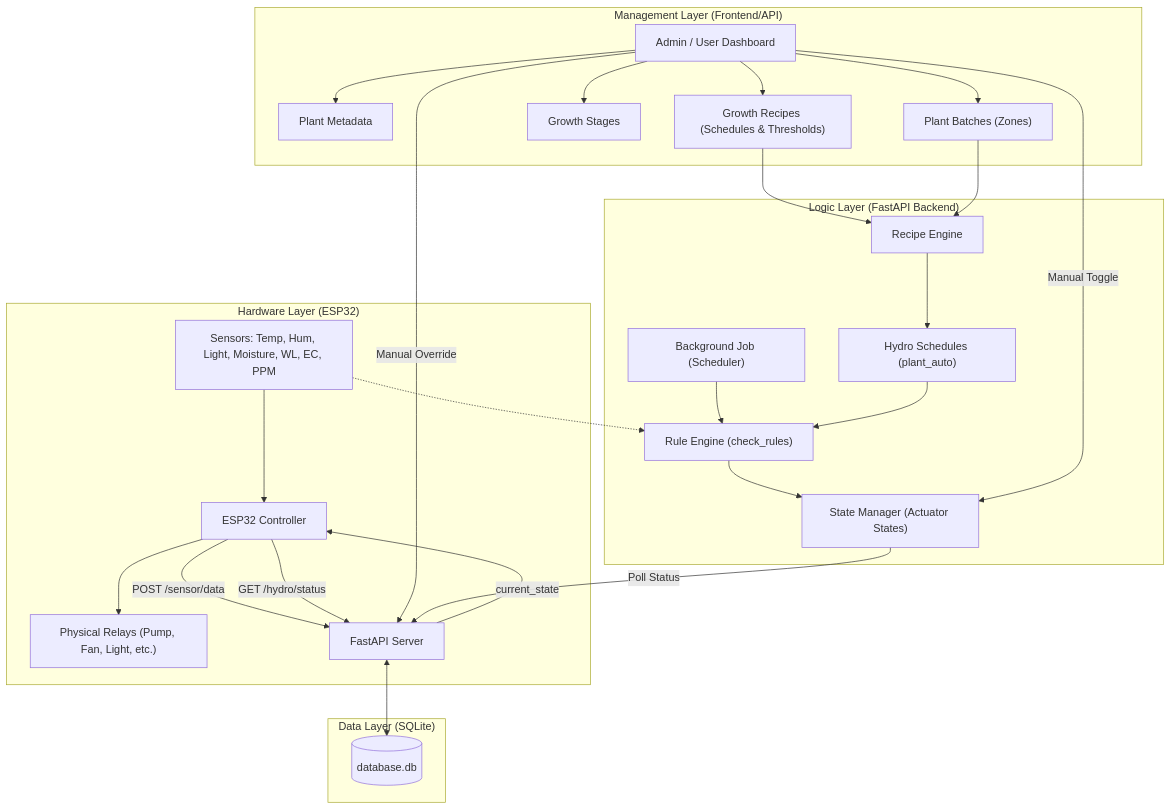
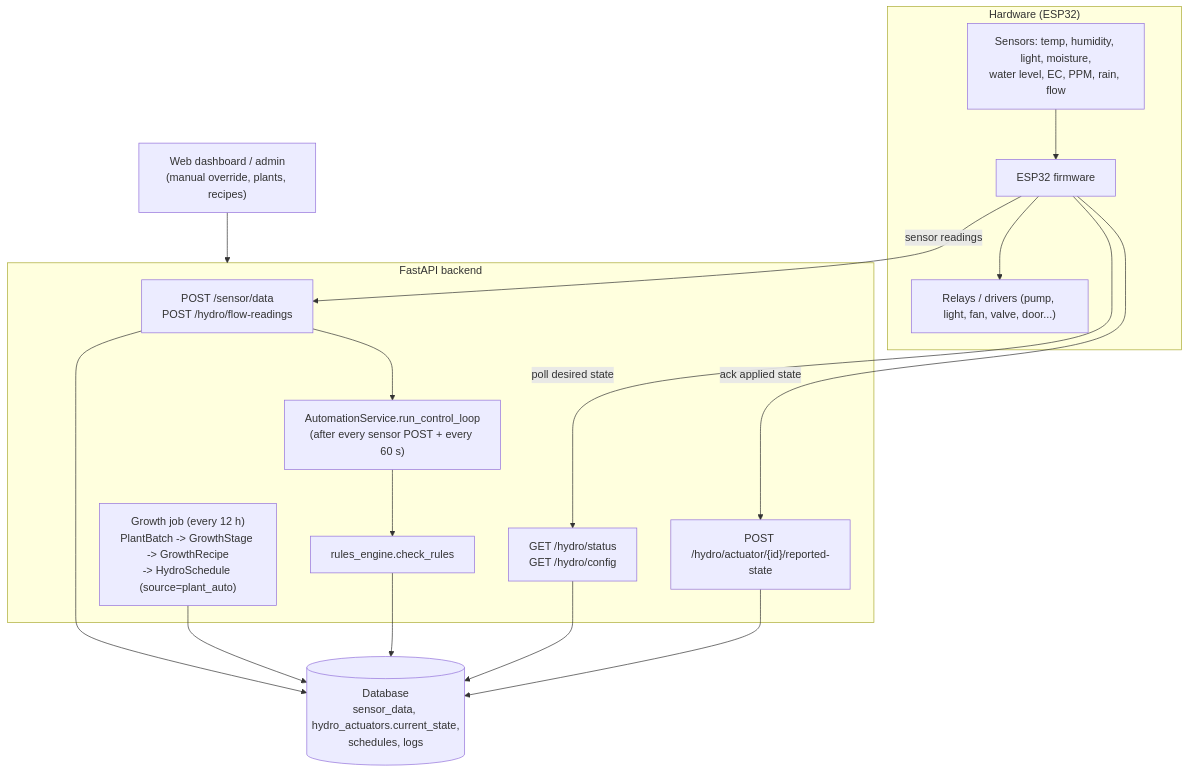
Before and after one commit to nghingothanhnghi/fastApi: the first of 2 diagrams in app/hydro_system/HYDRO_DIAGRAM_ESP32.md, drawn with Mermaid. The commit also changed other lines of this file, not shown here.

````diff
--- a/app/hydro_system/HYDRO_DIAGRAM_ESP32.md
+++ b/app/hydro_system/HYDRO_DIAGRAM_ESP32.md
@@ -3,55 +11,34 @@
 ```mermaid
 flowchart TD
-    subgraph "Hardware Layer (ESP32)"
-        Sensors["Sensors: Temp, Hum, Light, Moisture, WL, EC, PPM"]
-        ESP32["ESP32 Controller"]
-        Relays["Physical Relays (Pump, Fan, Light, etc.)"]
-        
+    subgraph HW["Hardware (ESP32)"]
+        Sensors["Sensors: temp, humidity, light, moisture,<br/>water level, EC, PPM, rain, flow"]
+        ESP32["ESP32 firmware"]
+        Relays["Relays / drivers (pump, light, fan, valve, door...)"]
         Sensors --> ESP32
-        ESP32 -- "POST /sensor/data" --> Backend
-        ESP32 -- "GET /hydro/status" --> Backend
-        Backend -- "current_state" --> ESP32
         ESP32 --> Relays
     end
 
-    subgraph "Management Layer (Frontend/API)"
-        Admin["Admin / User Dashboard"]
-        Plants["Plant Metadata"]
-        Batches["Plant Batches (Zones)"]
-        Stages["Growth Stages"]
-        Recipes["Growth Recipes (Schedules & Thresholds)"]
-        
-        Admin --> Plants
-        Admin --> Batches
-        Admin --> Stages
-        Admin --> Recipes
-        Admin -- "Manual Override" --> Backend
+    subgraph API["FastAPI backend"]
+        SensorAPI["POST /sensor/data<br/>POST /hydro/flow-readings"]
+        StatusAPI["GET /hydro/status<br/>GET /hydro/config"]
+        AckAPI["POST /hydro/actuator/{id}/reported-state"]
+        Loop["AutomationService.run_control_loop<br/>(after every sensor POST + every 60 s)"]
+        Rules["rules_engine.check_rules"]
+        Growth["Growth job (every 12 h)<br/>PlantBatch -> GrowthStage -> GrowthRecipe<br/>-> HydroSchedule (source=plant_auto)"]
     end
 
-    subgraph "Logic Layer (FastAPI Backend)"
-        Backend["FastAPI Server"]
-        RecipeEngine["Recipe Engine"]
-        Schedules["Hydro Schedules (plant_auto)"]
-        RuleEngine["Rule Engine (check_rules)"]
-        StateManager["State Manager (Actuator States)"]
-        BackgroundJob["Background Job (Scheduler)"]
-        
-        Recipes --> RecipeEngine
-        Batches --> RecipeEngine
-        RecipeEngine --> Schedules
-        
-        BackgroundJob --> RuleEngine
-        Schedules --> RuleEngine
-        Sensors -.-> RuleEngine
-        
-        RuleEngine --> StateManager
-        Admin -- "Manual Toggle" --> StateManager
-        
-        StateManager -- "Poll Status" --> Backend
-    end
+    DB[("Database<br/>sensor_data, hydro_actuators.current_state,<br/>schedules, logs")]
 
-    subgraph "Data Layer (SQLite)"
-        DB[("database.db")]
-        Backend <--> DB
-    end
+    ESP32 -- "sensor readings" --> SensorAPI
+    SensorAPI --> DB
+    SensorAPI --> Loop
+    Loop --> Rules
+    Growth --> DB
+    Rules --> DB
+    ESP32 -- "poll desired state" --> StatusAPI
+    StatusAPI --> DB
+    ESP32 -- "ack applied state" --> AckAPI
+    AckAPI --> DB
+
+    Dashboard["Web dashboard / admin<br/>(manual override, plants, recipes)"] --> API
 ```
````
